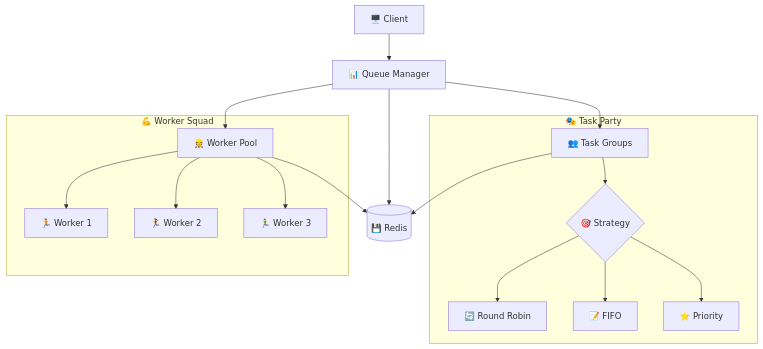
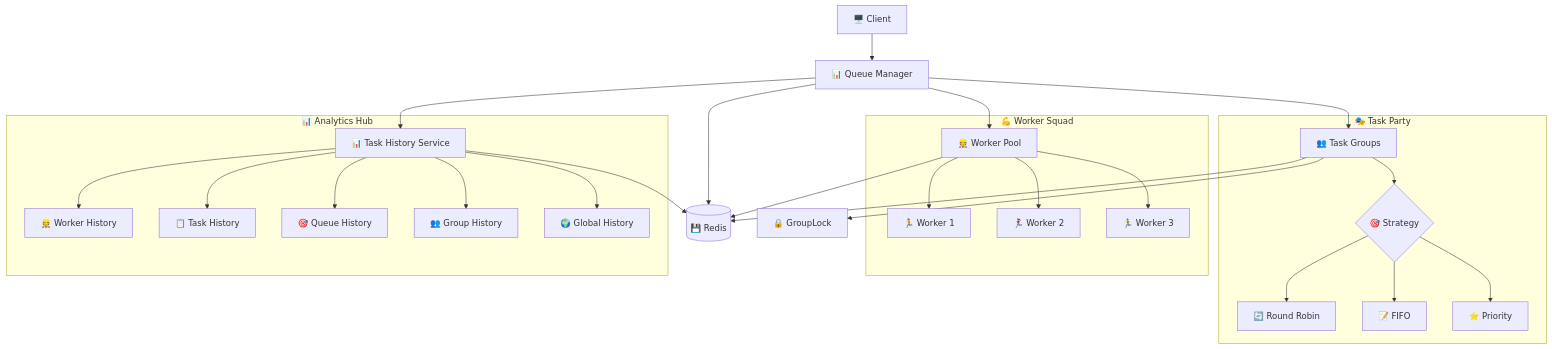
The first of 5 diagrams in packages/core/README.md (theboringhumane/cleo), drawn with Mermaid before and after one commit. The commit also changed other lines of this file, not shown here.

````diff
--- a/packages/core/README.md
+++ b/packages/core/README.md
@@ -60,22 +93,33 @@
 ```mermaid
 graph TB
     Client[🖥️ Client] --> QM[📊 Queue Manager]
     QM --> Redis[(💾 Redis)]
     QM --> Worker[👷 Worker Pool]
     QM --> Groups[👥 Task Groups]
+    QM --> History[📊 Task History Service]
     Worker --> Redis
     Groups --> Redis
+    Groups --> Lock[🔒 GroupLock]
+    History --> Redis
     
     subgraph "🎭 Task Party"
         Groups --> Strategy{🎯 Strategy}
         Strategy --> RR[🔄 Round Robin]
         Strategy --> FIFO[📝 FIFO]
         Strategy --> Priority[⭐ Priority]
     end
 
     subgraph "💪 Worker Squad"
         Worker --> W1[🏃 Worker 1]
         Worker --> W2[🏃‍♀️ Worker 2]
         Worker --> W3[🏃‍♂️ Worker 3]
     end
+
+    subgraph "📊 Analytics Hub"
+        History --> WH[👷 Worker History]
+        History --> TH[📋 Task History]
+        History --> QH[🎯 Queue History]
+        History --> GH[👥 Group History]
+        History --> GL[🌍 Global History]
+    end
 ```
````
